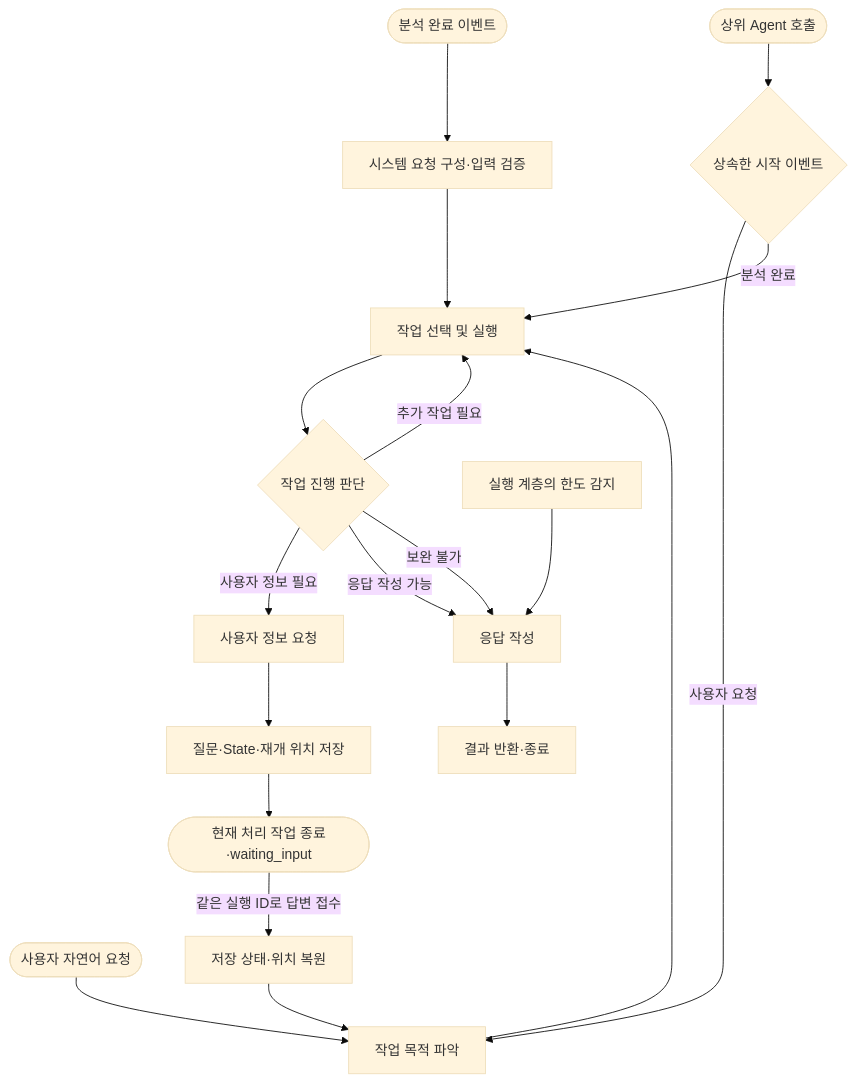
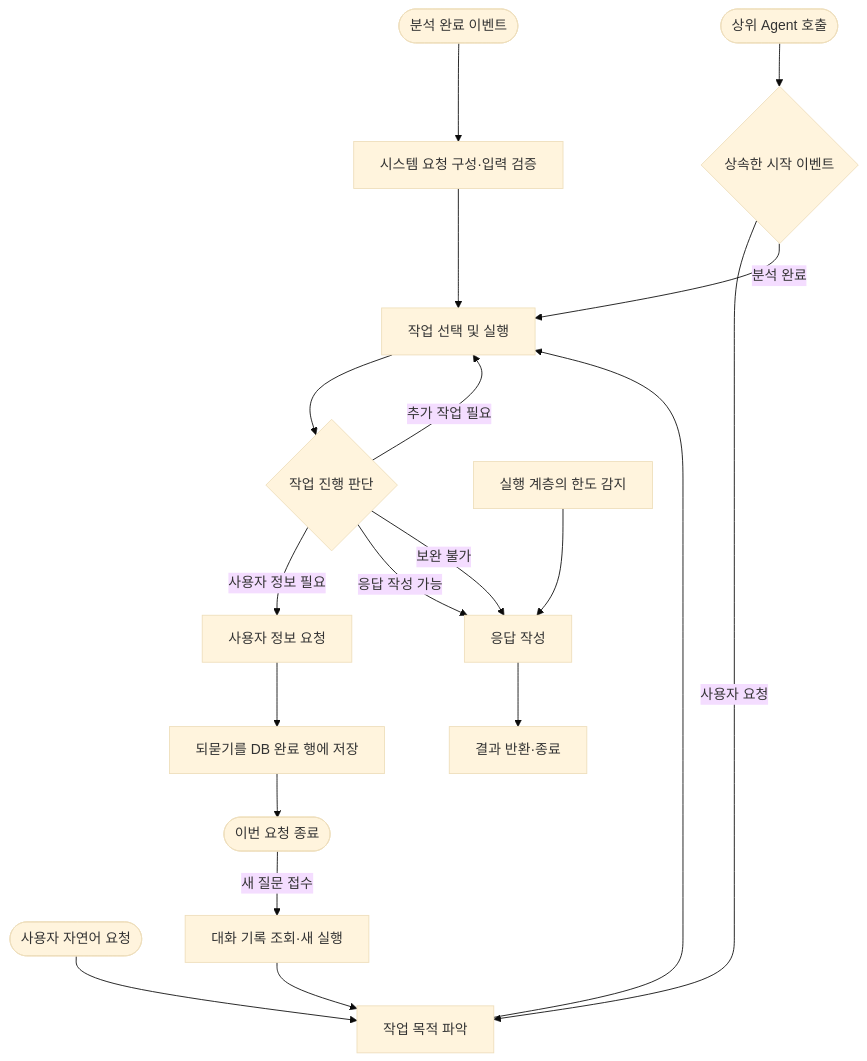
One commit to minjun069/Eumi changed the diagram in ai/docs/ieumi-agent-workflow-design.md. Above: the diagram before and after it, drawn with Mermaid (base theme). The commit also changed other lines of this file and 26 other files, not shown here.

````diff
--- a/ai/docs/ieumi-agent-workflow-design.md
+++ b/ai/docs/ieumi-agent-workflow-design.md
@@ -21,21 +21,21 @@
 ```mermaid
 flowchart TD
     S1([분석 완료 이벤트]) --> I[시스템 요청 구성·입력 검증]
     I --> B[작업 선택 및 실행]
     S2([사용자 자연어 요청]) --> A[작업 목적 파악]
     S3([상위 Agent 호출]) --> E0{상속한 시작 이벤트}
     E0 -->|사용자 요청| A
     E0 -->|분석 완료| B
     A --> B
     B --> C{작업 진행 판단}
     C -->|추가 작업 필요| B
     C -->|사용자 정보 필요| D[사용자 정보 요청]
-    D --> E[질문·State·재개 위치 저장]
-    E --> W([현재 처리 작업 종료·waiting_input])
-    W -->|같은 실행 ID로 답변 접수| R[저장 상태·위치 복원]
+    D --> E[되묻기를 DB 완료 행에 저장]
+    E --> W([이번 요청 종료])
+    W -->|새 질문 접수| R[대화 기록 조회·새 실행]
     R --> A
     C -->|응답 작성 가능| F[응답 작성]
     C -->|보완 불가| F
     L[실행 계층의 한도 감지] --> F
     F --> G[결과 반환·종료]
 ```
````
